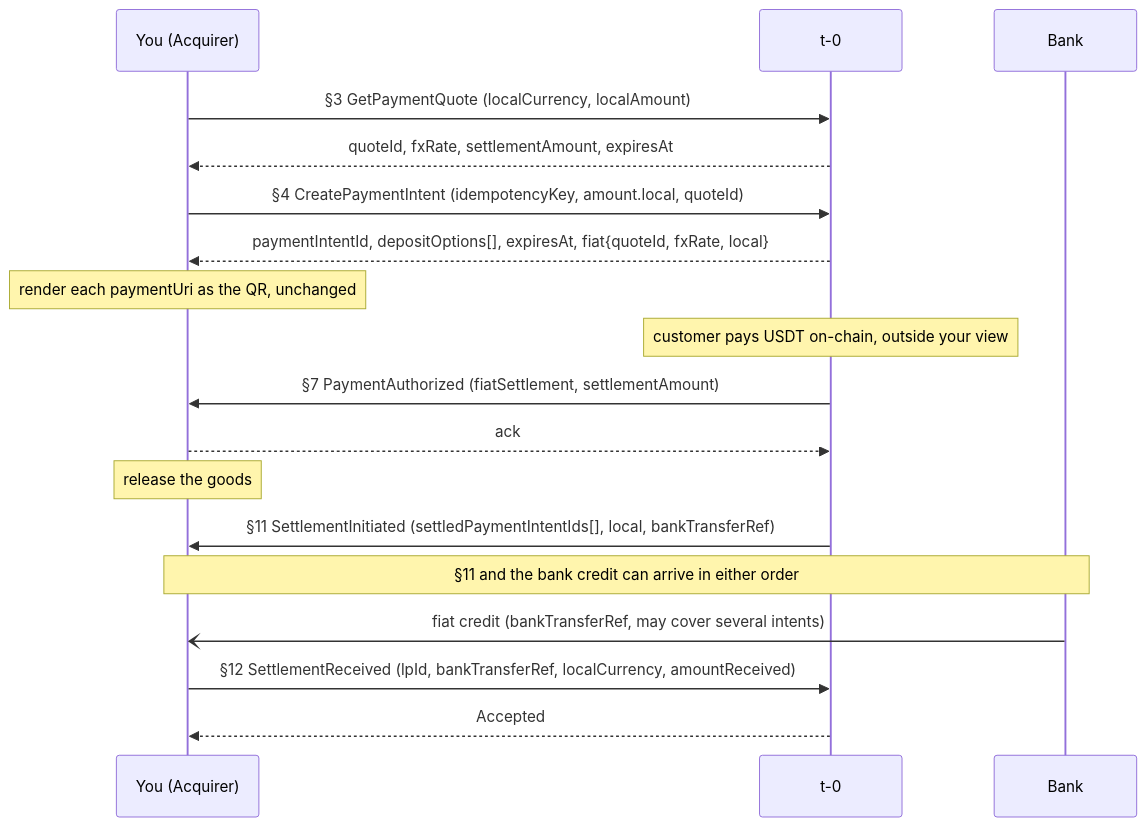
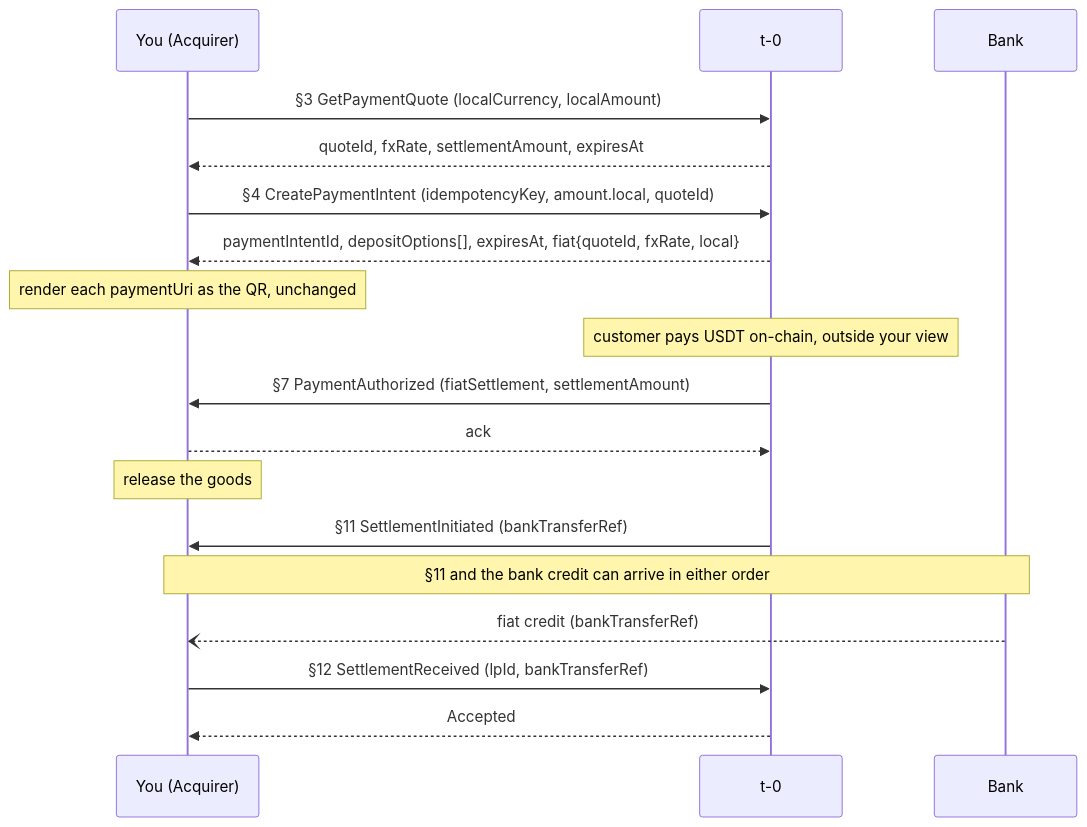
One commit to t-0-network/usdt-pay-docs changed the second of 2 diagrams in content/docs/payments/acquirer.md. Above: the diagram before and after it, drawn with Mermaid. The commit also changed other lines of this file and 2 other files, not shown here.

Commit message:
docs: consensus diagram fixes from Codex and Opus reviews
Arrow syntax: change all -) to --) so transfers render as dashed
open arrows, matching the legend and distinguishing them from API
calls (solid) and responses (dashed closed).

Trim over-70-char labels: A2 §11 (76→44), A2 §12 (77→48),
I1 §6 (77→52). Keep only fields referenced by a downstream
diagram element; the endpoint table has the full inventory.

I1: drop "You now owe the settlement" from the §6 response
(obligation rule belongs in prose, not an arrow label).
L2: swap quoteId for acquirerId on §8 (acquirerId drives the
LP's bank-account resolution). Fix note span from LP,BC to
LP,BANK (the two legs terminate at both endpoints).

Update the legend on all three pages to distinguish solid calls,
dashed responses, and dashed open transfers.

````diff
--- a/content/docs/payments/acquirer.md
+++ b/content/docs/payments/acquirer.md
@@ -66,20 +66,20 @@
 ```mermaid
 sequenceDiagram
     participant ACQ as You (Acquirer)
     participant T0 as t-0
     participant BANK as Bank
     ACQ->>T0: §3 GetPaymentQuote (localCurrency, localAmount)
     T0-->>ACQ: quoteId, fxRate, settlementAmount, expiresAt
     ACQ->>T0: §4 CreatePaymentIntent (idempotencyKey, amount.local, quoteId)
     T0-->>ACQ: paymentIntentId, depositOptions[], expiresAt, fiat{quoteId, fxRate, local}
     Note over ACQ: render each paymentUri as the QR, unchanged
     Note over T0: customer pays USDT on-chain, outside your view
     T0->>ACQ: §7 PaymentAuthorized (fiatSettlement, settlementAmount)
     ACQ-->>T0: ack
     Note over ACQ: release the goods
-    T0->>ACQ: §11 SettlementInitiated (settledPaymentIntentIds[], local, bankTransferRef)
+    T0->>ACQ: §11 SettlementInitiated (bankTransferRef)
     Note over ACQ,BANK: §11 and the bank credit can arrive in either order
-    BANK-)ACQ: fiat credit (bankTransferRef, may cover several intents)
-    ACQ->>T0: §12 SettlementReceived (lpId, bankTransferRef, localCurrency, amountReceived)
+    BANK--)ACQ: fiat credit (bankTransferRef)
+    ACQ->>T0: §12 SettlementReceived (lpId, bankTransferRef)
     T0-->>ACQ: Accepted
 ```
````
